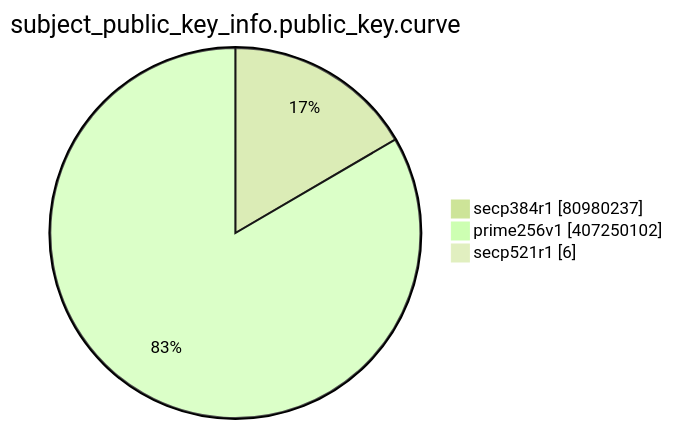
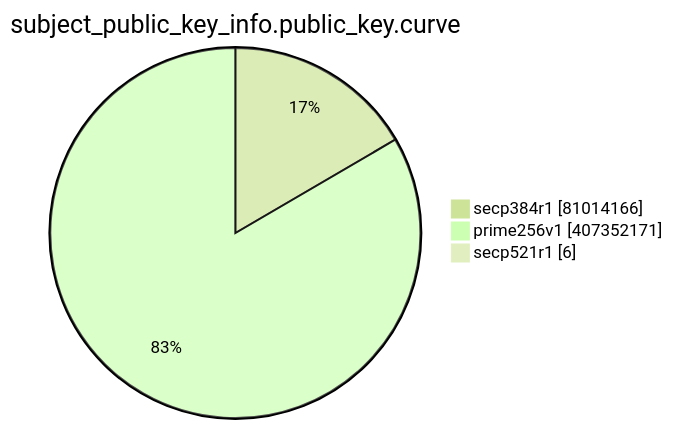
Before and after one commit to christiankrug/ctmonitor_visualization: the eighth of 15 diagrams in TOTAL/README.md, drawn with Mermaid (forest theme). The commit also changed other lines of this file, not shown here.

````diff
--- a/TOTAL/README.md
+++ b/TOTAL/README.md
@@ -3096,7 +3096,7 @@
 ```mermaid
 pie showData
 title subject_public_key_info.public_key.curve
-"secp384r1" :80980237
-"prime256v1" :407250102
+"secp384r1" :81014166
+"prime256v1" :407352171
 "secp521r1" :6
 ```
````
